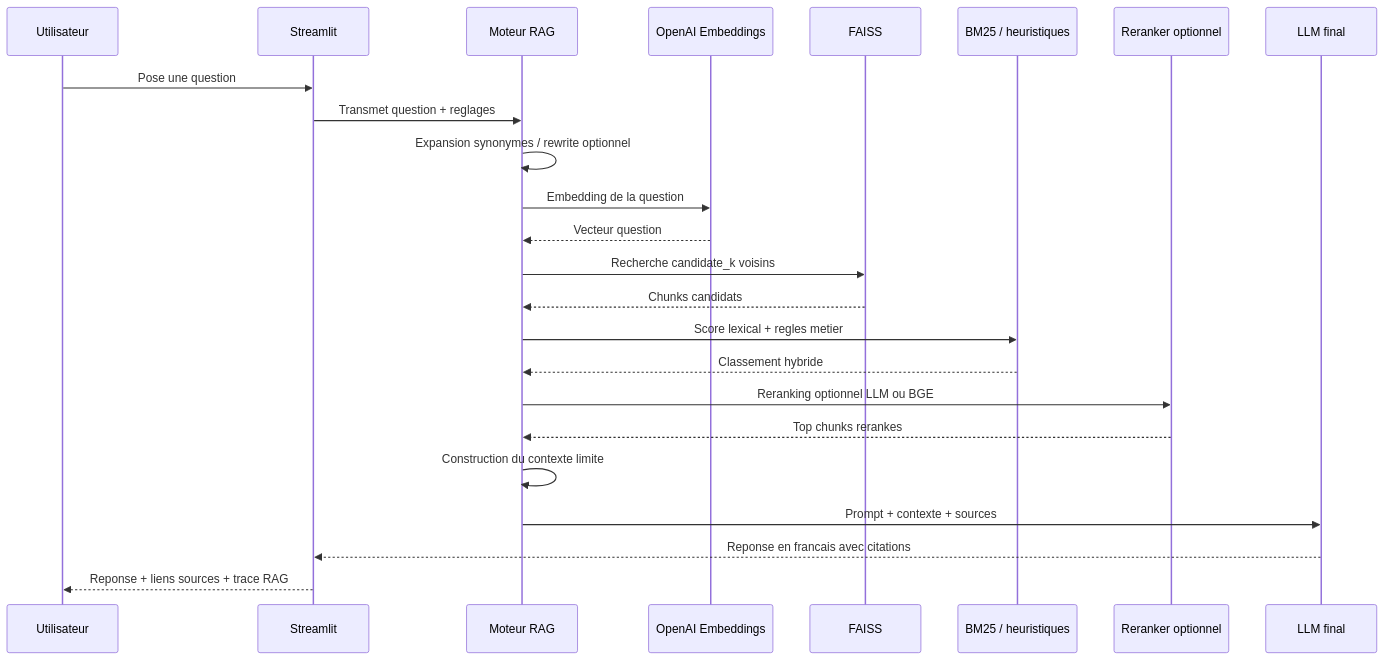
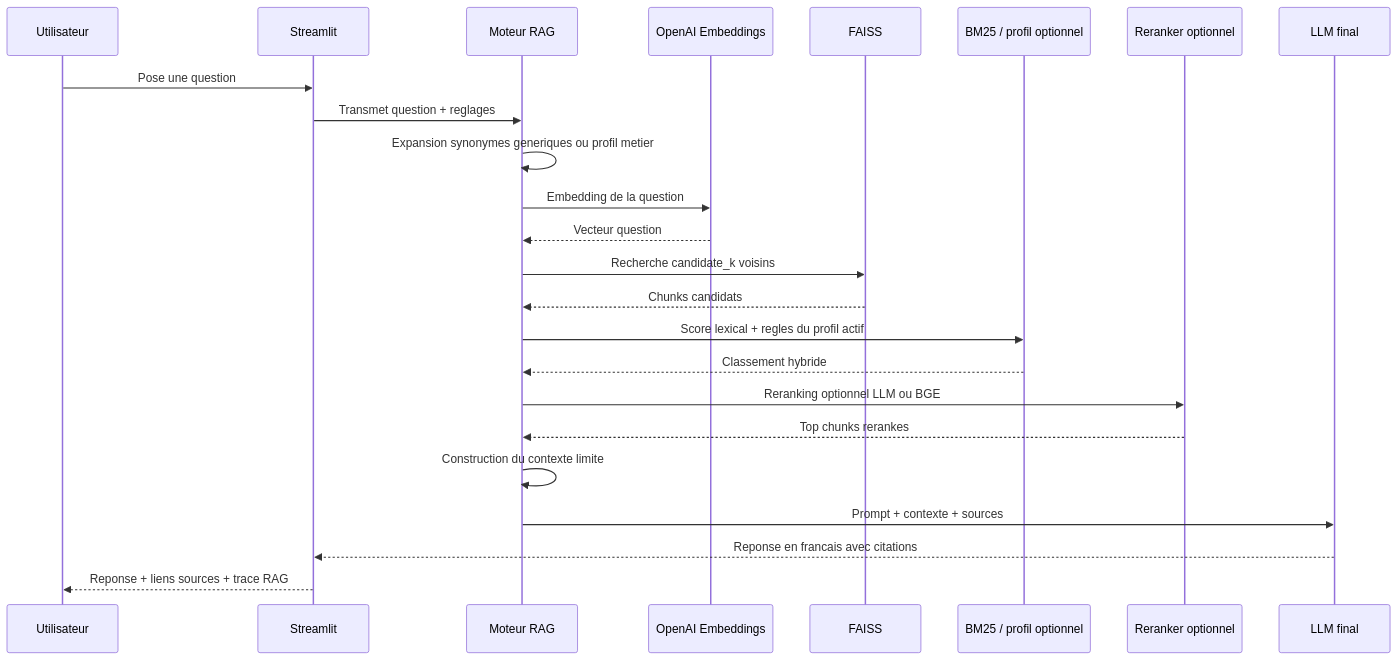
Before and after one commit to Benjiattal/rag-32-pdfs-streamlit: the second of 4 diagrams in docs/architecture.md, drawn with Mermaid. The commit also changed other lines of this file and 6 other files, not shown here.

````diff
--- a/docs/architecture.md
+++ b/docs/architecture.md
@@ -27,27 +33,27 @@
 ```mermaid
 sequenceDiagram
     participant U as Utilisateur
     participant UI as Streamlit
     participant R as Moteur RAG
     participant OAI as OpenAI Embeddings
     participant F as FAISS
-    participant B as BM25 / heuristiques
+    participant B as BM25 / profil optionnel
     participant X as Reranker optionnel
     participant L as LLM final
 
     U->>UI: Pose une question
     UI->>R: Transmet question + reglages
-    R->>R: Expansion synonymes / rewrite optionnel
+    R->>R: Expansion synonymes generiques ou profil metier
     R->>OAI: Embedding de la question
     OAI-->>R: Vecteur question
     R->>F: Recherche candidate_k voisins
     F-->>R: Chunks candidats
-    R->>B: Score lexical + regles metier
+    R->>B: Score lexical + regles du profil actif
     B-->>R: Classement hybride
     R->>X: Reranking optionnel LLM ou BGE
     X-->>R: Top chunks rerankes
     R->>R: Construction du contexte limite
     R->>L: Prompt + contexte + sources
     L-->>UI: Reponse en francais avec citations
     UI-->>U: Reponse + liens sources + trace RAG
 ```
````
